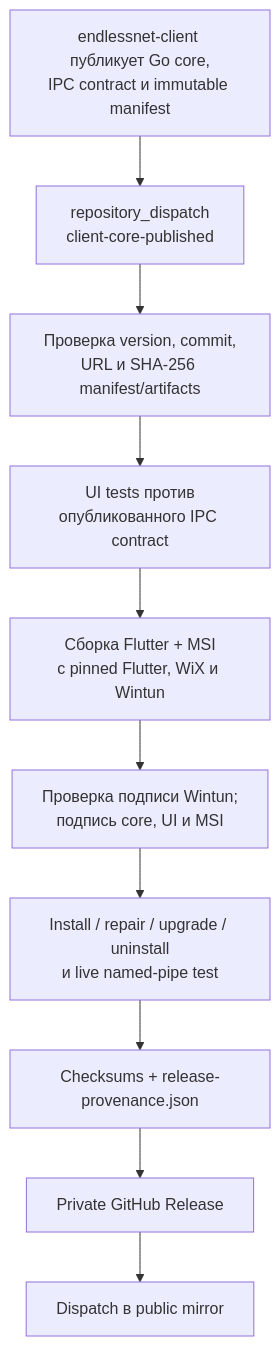
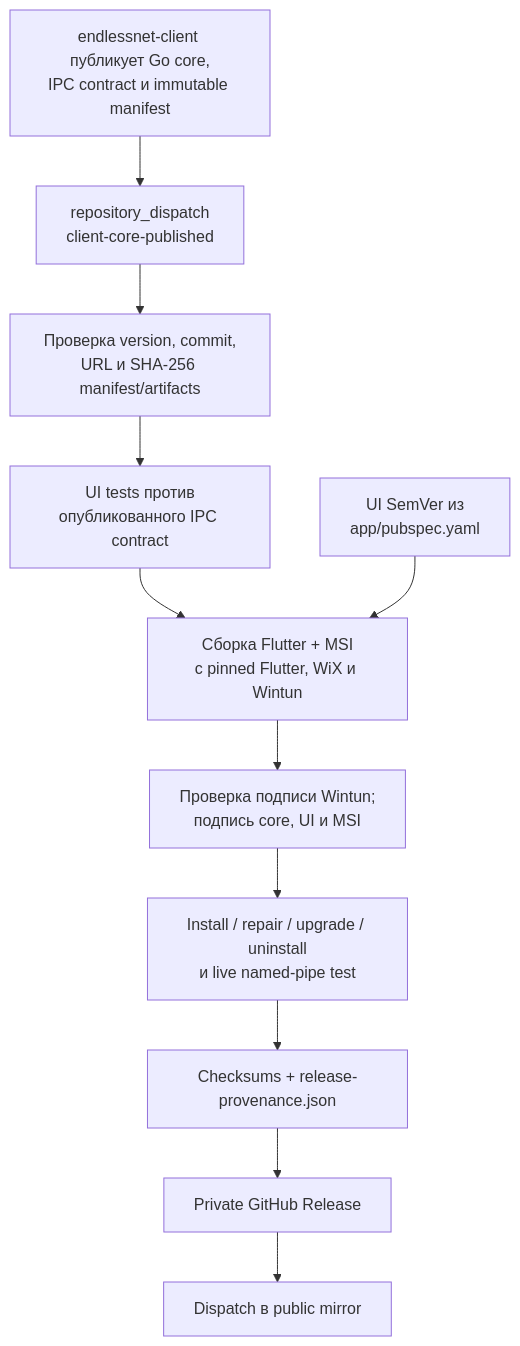
The second of 2 diagrams in docs/architecture-and-future.md (endless-net/client-ui), drawn with Mermaid before and after one commit. The commit also changed other lines of this file and 12 other files, not shown here.

````diff
--- a/docs/architecture-and-future.md
+++ b/docs/architecture-and-future.md
@@ -213,15 +213,17 @@
 ```mermaid
 flowchart TD
     Core["endlessnet-client публикует Go core,<br/>IPC contract и immutable manifest"]
     Dispatch["repository_dispatch<br/>client-core-published"]
+    UIVersion["UI SemVer из<br/>app/pubspec.yaml"]
     Verify["Проверка version, commit,<br/>URL и SHA-256 manifest/artifacts"]
     Contract["UI tests против<br/>опубликованного IPC contract"]
     Build["Сборка Flutter + MSI<br/>с pinned Flutter, WiX и Wintun"]
     Sign["Проверка подписи Wintun;<br/>подпись core, UI и MSI"]
     E2E["Install / repair / upgrade / uninstall<br/>и live named-pipe test"]
     Provenance["Checksums + release-provenance.json"]
     Private["Private GitHub Release"]
     Mirror["Dispatch в public mirror"]
 
     Core --> Dispatch --> Verify --> Contract --> Build --> Sign --> E2E --> Provenance --> Private --> Mirror
+    UIVersion --> Build
 ```
````
